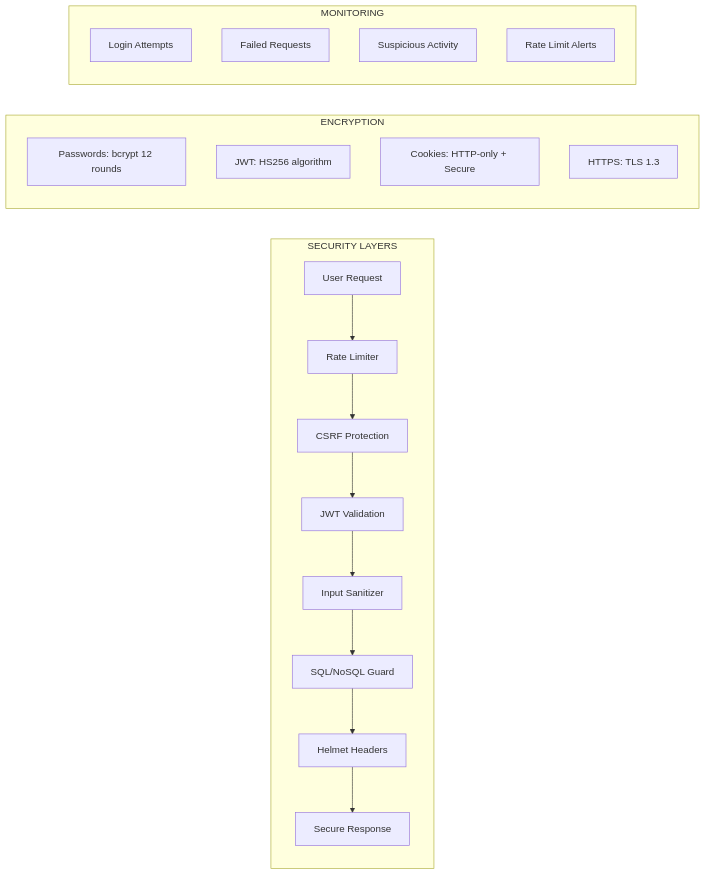
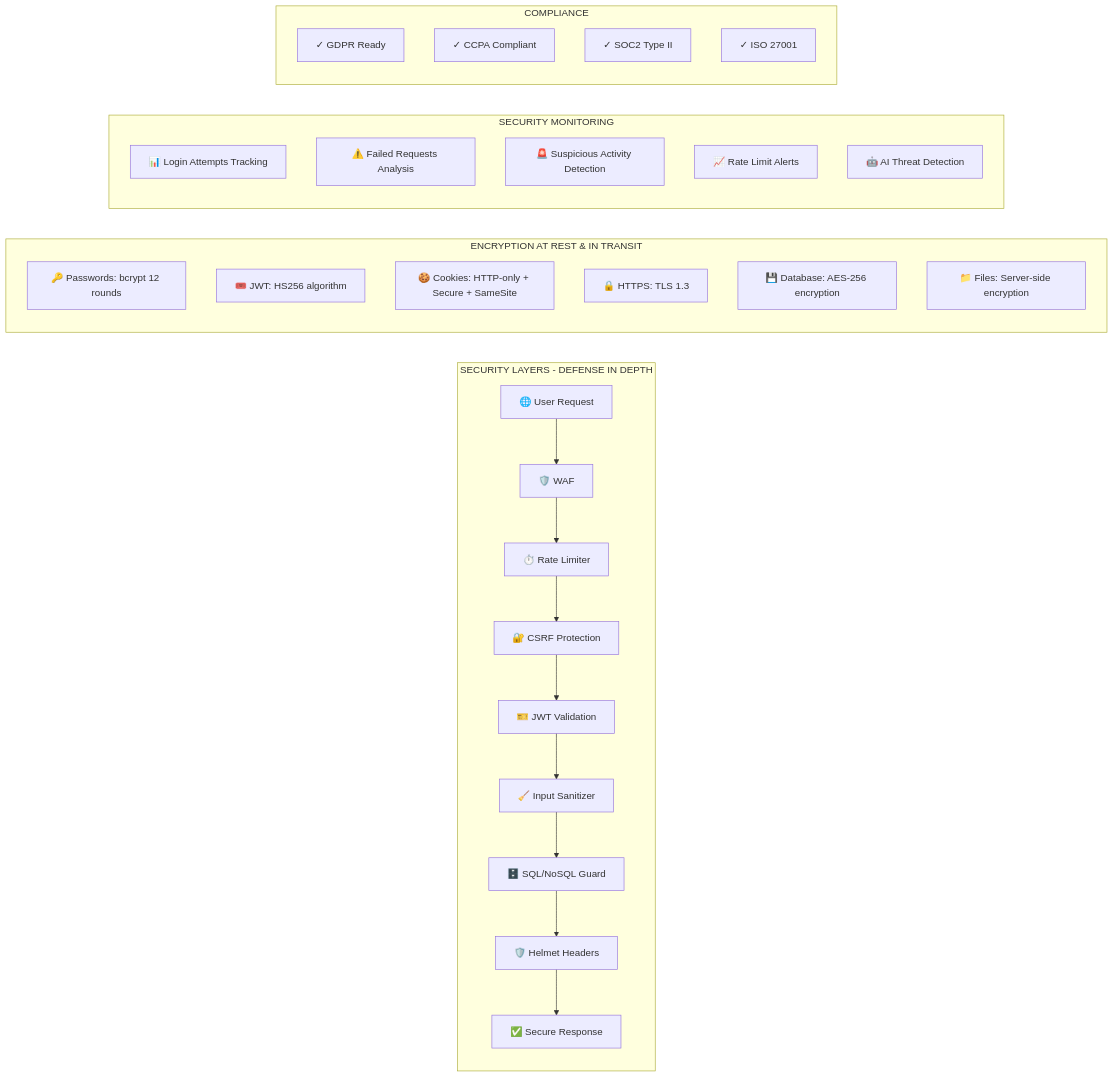
The third of 3 diagrams in README.md (awaiscybergang/AWAIS-CYBER-VPS), drawn with Mermaid before and after one commit. The commit also changed other lines of this file, not shown here.

````diff
--- a/README.md
+++ b/README.md
@@ -689,26 +869,37 @@
 ```mermaid
 graph LR
-    subgraph "SECURITY LAYERS"
-        A[User Request] --> B[Rate Limiter]
-        B --> C[CSRF Protection]
-        C --> D[JWT Validation]
-        D --> E[Input Sanitizer]
-        E --> F[SQL/NoSQL Guard]
-        F --> G[Helmet Headers]
-        G --> H[Secure Response]
+    subgraph "SECURITY LAYERS - DEFENSE IN DEPTH"
+        A[🌐 User Request] --> B[🛡️ WAF]
+        B --> C[⏱️ Rate Limiter]
+        C --> D[🔐 CSRF Protection]
+        D --> E[🎫 JWT Validation]
+        E --> F[🧹 Input Sanitizer]
+        F --> G[🗄️ SQL/NoSQL Guard]
+        G --> H[🛡️ Helmet Headers]
+        H --> I[✅ Secure Response]
     end
     
-    subgraph "ENCRYPTION"
-        I[Passwords: bcrypt 12 rounds]
-        J[JWT: HS256 algorithm]
-        K[Cookies: HTTP-only + Secure]
-        L[HTTPS: TLS 1.3]
+    subgraph "ENCRYPTION AT REST & IN TRANSIT"
+        J[🔑 Passwords: bcrypt 12 rounds]
+        K[🎟️ JWT: HS256 algorithm]
+        L[🍪 Cookies: HTTP-only + Secure + SameSite]
+        M[🔒 HTTPS: TLS 1.3]
+        N[💾 Database: AES-256 encryption]
+        O[📁 Files: Server-side encryption]
     end
     
-    subgraph "MONITORING"
-        M[Login Attempts]
-        N[Failed Requests]
-        O[Suspicious Activity]
-        P[Rate Limit Alerts]
+    subgraph "SECURITY MONITORING"
+        P[📊 Login Attempts Tracking]
+        Q[⚠️ Failed Requests Analysis]
+        R[🚨 Suspicious Activity Detection]
+        S[📈 Rate Limit Alerts]
+        T[🤖 AI Threat Detection]
+    end
+    
+    subgraph "COMPLIANCE"
+        U[✓ GDPR Ready]
+        V[✓ CCPA Compliant]
+        W[✓ SOC2 Type II]
+        X[✓ ISO 27001]
     end
 ```
````
